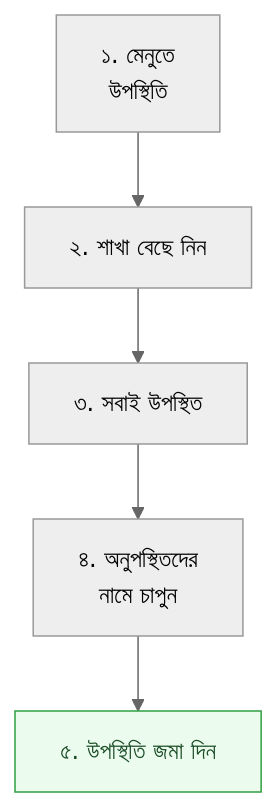
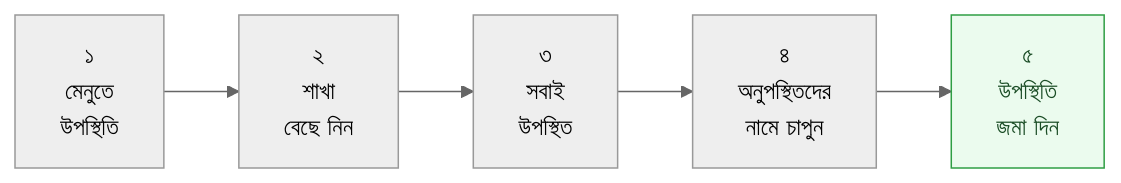
Before and after one commit to tareq89/biddaloy: the diagram in docs/user-guide/_diagrams/attendance-daily.bn.mmd, drawn with Mermaid (neutral theme). The commit also changed 37 other files, not shown here.

```diff
--- a/docs/user-guide/_diagrams/attendance-daily.bn.mmd
+++ b/docs/user-guide/_diagrams/attendance-daily.bn.mmd
@@ -1,8 +1,8 @@
 %% title: প্রতিদিনের হাজিরা, ধাপে ধাপে
 %% desc: মেনু থেকে উপস্থিতি খুলুন, শাখা বেছে নিন, সবাই উপস্থিত চাপুন, অনুপস্থিতদের চিহ্নিত করুন, তারপর জমা দিন।
-flowchart TD
-  A["১. মেনুতে<br/>উপস্থিতি"] --> B["২. শাখা বেছে নিন"]
-  B --> C["৩. সবাই উপস্থিত"]
-  C --> D["৪. অনুপস্থিতদের<br/>নামে চাপুন"]
-  D --> E["৫. উপস্থিতি জমা দিন"]:::done
+flowchart LR
+  A["১<br/>মেনুতে<br/>উপস্থিতি"] --> B["২<br/>শাখা<br/>বেছে নিন"]
+  B --> C["৩<br/>সবাই<br/>উপস্থিত"]
+  C --> D["৪<br/>অনুপস্থিতদের<br/>নামে চাপুন"]
+  D --> E["৫<br/>উপস্থিতি<br/>জমা দিন"]:::done
   classDef done fill:#ebfbee,stroke:#2f9e44,color:#1b4d26
```
